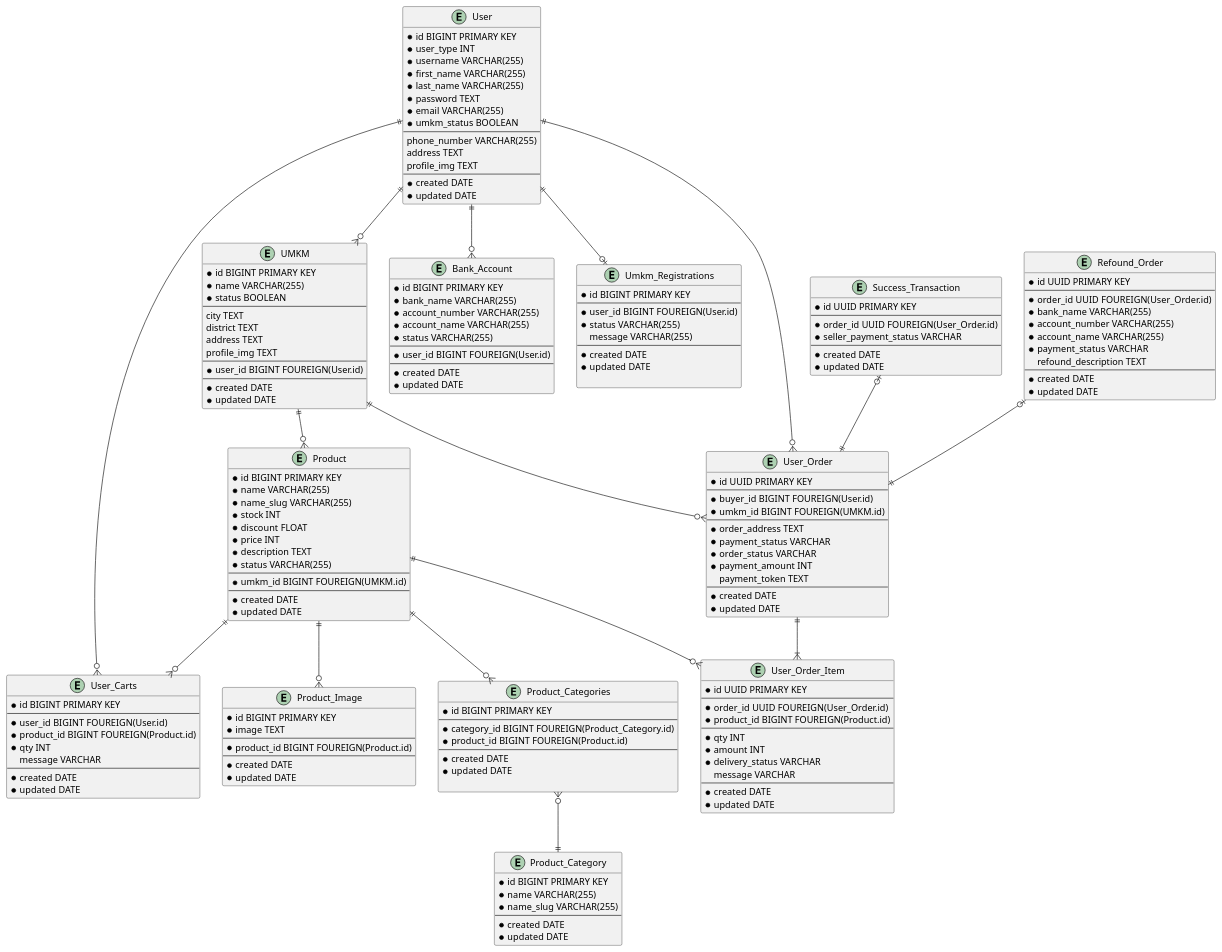
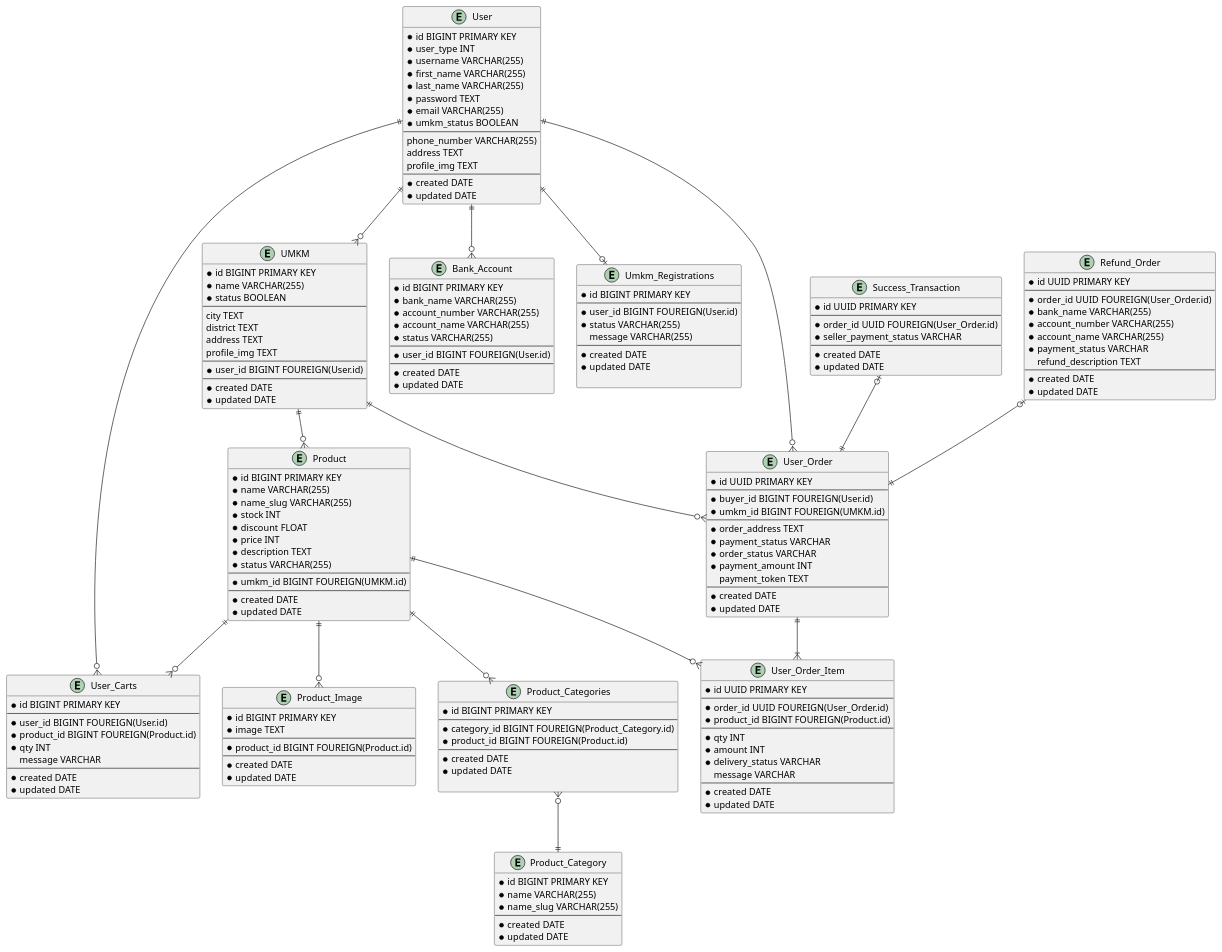
One commit to vithiaz/ecomm_UMKM_tomohon changed the diagram in db_design.puml. Above: the diagram before and after it, drawn with PlantUML. The commit also changed 9 other files, not shown here.

Commit message:
change refound to refund

```diff
--- a/db_design.puml
+++ b/db_design.puml
@@ -182,7 +182,7 @@
     * updated DATE
 }
 
-entity Refound_Order {
+entity Refund_Order {
     * id UUID PRIMARY KEY
     --
     * order_id UUID FOUREIGN(User_Order.id)
@@ -192,7 +192,7 @@
     * payment_status VARCHAR
     ' pending
     ' settlement
-    refound_description TEXT
+    refund_description TEXT
     --
     * created DATE
     * updated DATE
@@ -220,6 +220,6 @@
 User_Order ||--|{ User_Order_Item
 
 Success_Transaction |o--|| User_Order
-Refound_Order |o--|| User_Order
+Refund_Order |o--|| User_Order
 
 @enduml
```
